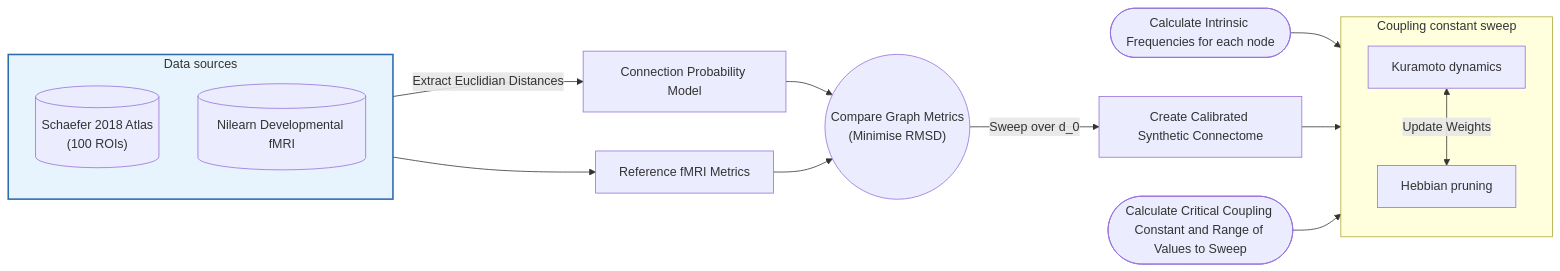
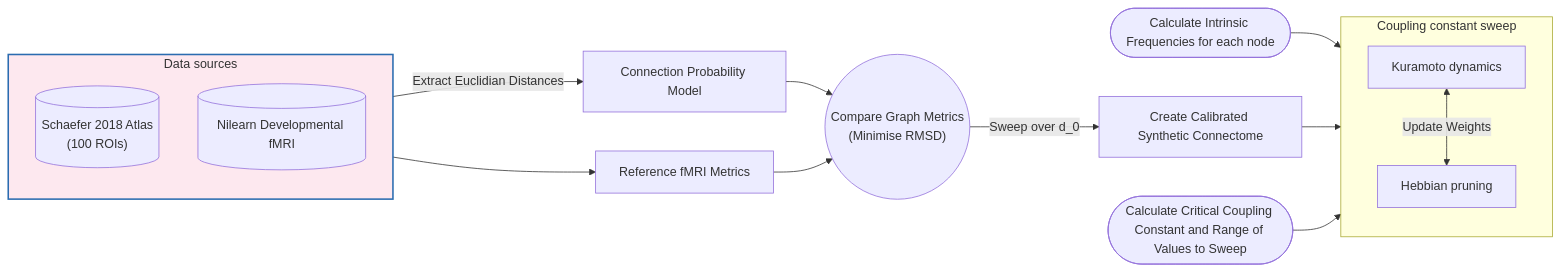
Before and after one commit to R-eya/Kuramoto-Hebbian-Style-Pruning-of-Synthetic-Connectomes: the diagram in README.md, drawn with Mermaid.

````diff
--- a/README.md
+++ b/README.md
@@ -7,25 +7,26 @@
 ```mermaid
 flowchart LR
 
     subgraph Inputs ["Data sources"]
         direction TB
         Q[("Schaefer 2018 atlas<br/>(100 ROIs)")]
         A[("Nilearn developmental fMRI")]
     end
     style Inputs fill:#e8f4fd,stroke:#2b6cb0,stroke-width:2px
 
     Q[("Schaefer 2018 Atlas <br> (100 ROIs)")] -->|Extract Euclidian Distances| W[Connection Probability Model] -->C
 
     G([Calculate Intrinsic Frequencies for each node]) --> E[Kuramoto Dynamics]
     A[(Nilearn Developmental fMRI)] -->B[Reference fMRI Metrics]--> C(("Compare Graph Metrics <br> (Minimise RMSD)" )) -->|Sweep over d_0 | D[Create Calibrated Synthetic Connectome]
     D --> E
 
     F([Calculate Critical Coupling Constant and Range of Values to Sweep]) --> E
 
     subgraph Sweep ["Coupling constant sweep"]
         direction TB
         E["Kuramoto dynamics"]
         H["Hebbian pruning"]
         E <-->|"Update Weights"| H
     end
+style Inputs fill:#fde8ef,stroke:#2b6cb0,stroke-width:2px
 ```
````
